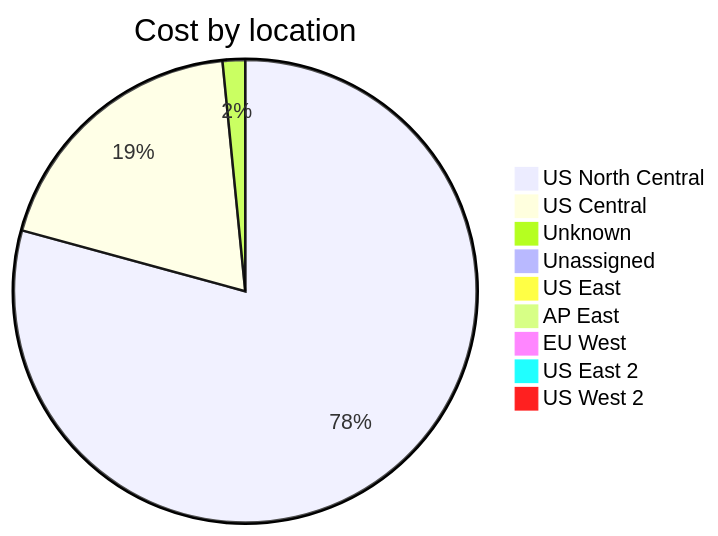
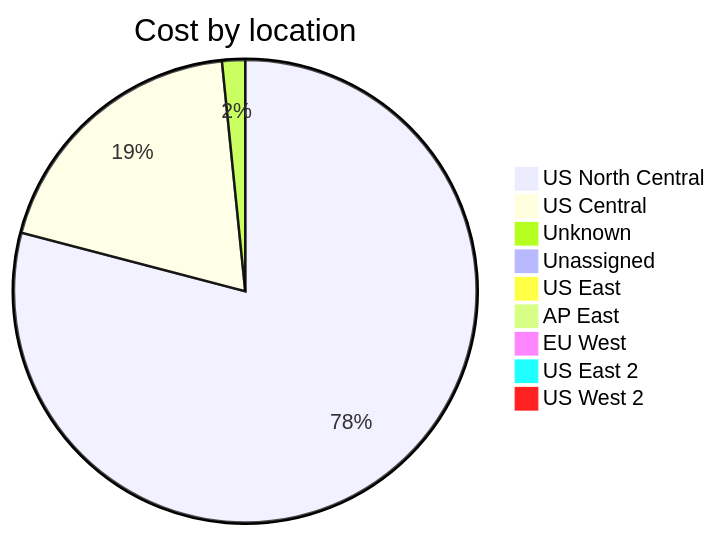
The third of 4 diagrams in cost-reports/accumulated-cost.md (jpfulton/azure-personal-reports), drawn with Mermaid before and after one commit. The commit also changed other lines of this file and 4 other files, not shown here.

````diff
--- a/cost-reports/accumulated-cost.md
+++ b/cost-reports/accumulated-cost.md
@@ -127,13 +129,13 @@
 ```mermaid
 pie
    title Cost by location
-   "US North Central" : 14.12
-   "US Central" : 3.42
-   "Unknown" : 0.28
-   "Unassigned" : 0.14
-   "US East" : 0.06
+   "US North Central" : 16.21
+   "US Central" : 3.96
+   "Unknown" : 0.33
+   "Unassigned" : 0.16
+   "US East" : 0.07
    "AP East" : 0.00
    "EU West" : 0.00
    "US East 2" : 0.00
    "US West 2" : 0.00
 ```
````
